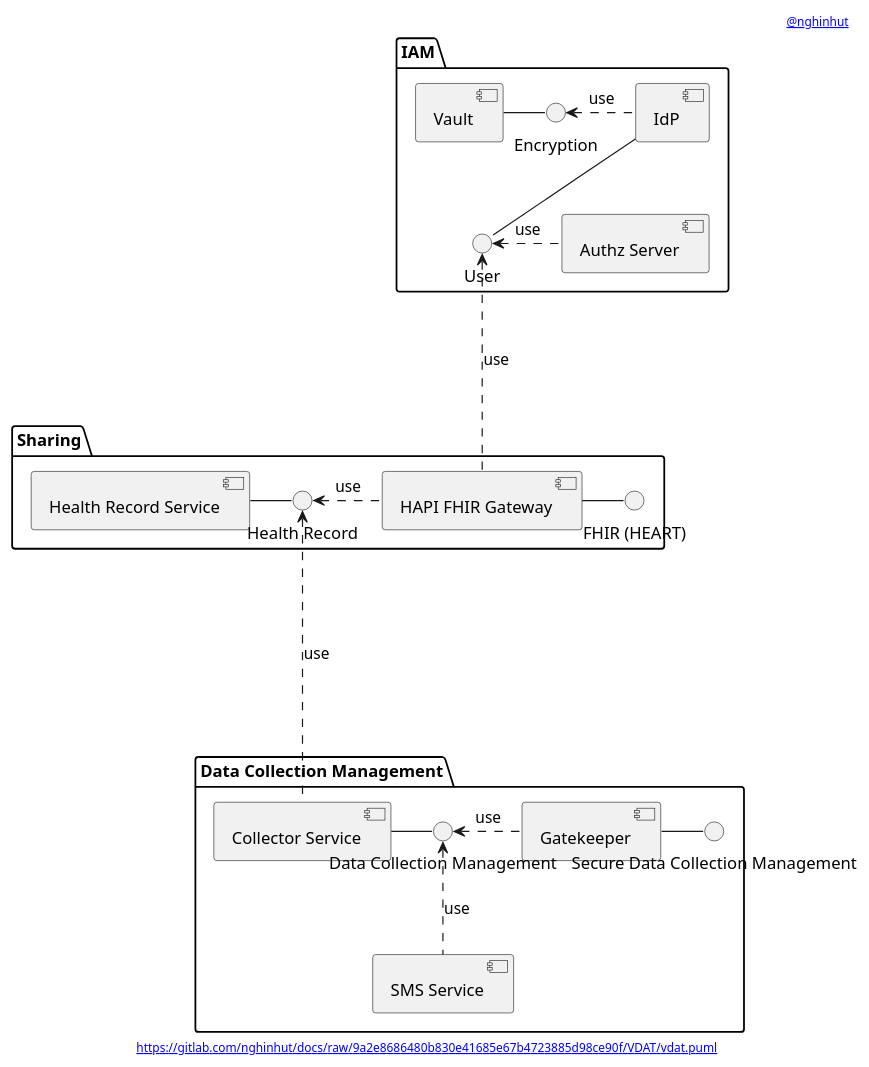
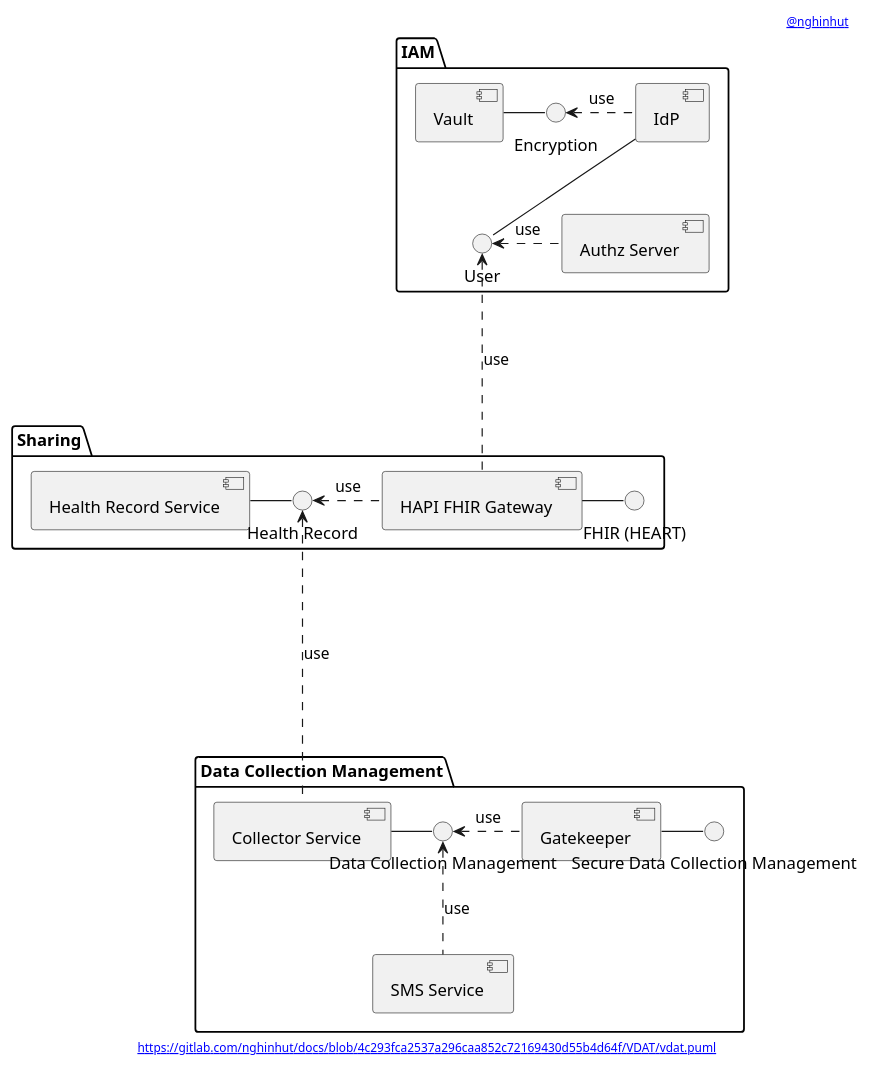
The diagram in VDAT/vdat.component.puml (nghinhut/docs), drawn with PlantUML before and after one commit. The commit also changed 18 other files, not shown here.

Commit message:
Update diagrams

```diff
--- a/VDAT/vdat.component.puml
+++ b/VDAT/vdat.component.puml
@@ -1,60 +1,60 @@
 @startuml
 '-----START auto generated metadata please keep comment here to allow auto update-----
 '-----DON'T EDIT THIS SECTION, INSTEAD RE-RUN prebuild.sh TO UPDATE-----
 header [[mailto:nghinhut@gmail.com @nghinhut]]
-footer [[https://gitlab.com/nghinhut/docs/raw/9a2e8686480b830e41685e67b4723885d98ce90f/VDAT/vdat.puml]]
+footer [[https://gitlab.com/nghinhut/docs/blob/4c293fca2537a296caa852c72169430d55b4d64f/VDAT/vdat.puml]]
 '-----END auto generated metadata please keep comment here to allow auto update-----
 
 package "IAM" {
     component "Authz Server" as as
     component Vault as vault
     component IdP as idp
 
 '    interface "OAuth2 Authentication" as IOAuth2Authentication
 '    interface "UMA2 Authorization" as IUMA2Authorization
 '    as -- IOAuth2Authentication
 '    as -- IUMA2Authorization
     interface "Encryption" as IEncrypt
     interface "User" as IUser
 }
 
 package "Sharing" {
     component "Health Record Service" as record
     interface "Health Record" as IHealthRecord
     component "HAPI FHIR Gateway" as fhir
     interface "FHIR (HEART)" as IFHIR
 }
 
 package "Data Collection Management" {
     component "Collector Service" as collector
     component "SMS Service" as sms
     component "Gatekeeper" as collector_gatekeeper
     interface "Data Collection Management" as IDataCollectionManagement
     interface "Secure Data Collection Management" as ISecureDataCollectionManagement
 }
 
 
 
 
 
 
 vault - IEncrypt
 IEncrypt <. idp : use
 idp -- IUser
 IUser <. as : use
 IUser <... fhir : use
 
 
 record - IHealthRecord
 IHealthRecord <. fhir : use
 fhir - IFHIR
 IHealthRecord <.... collector : use
 
 
 collector - IDataCollectionManagement
 IDataCollectionManagement <. collector_gatekeeper : use
 collector_gatekeeper - ISecureDataCollectionManagement
 
 IDataCollectionManagement <.. sms : use
 
 @enduml
```
